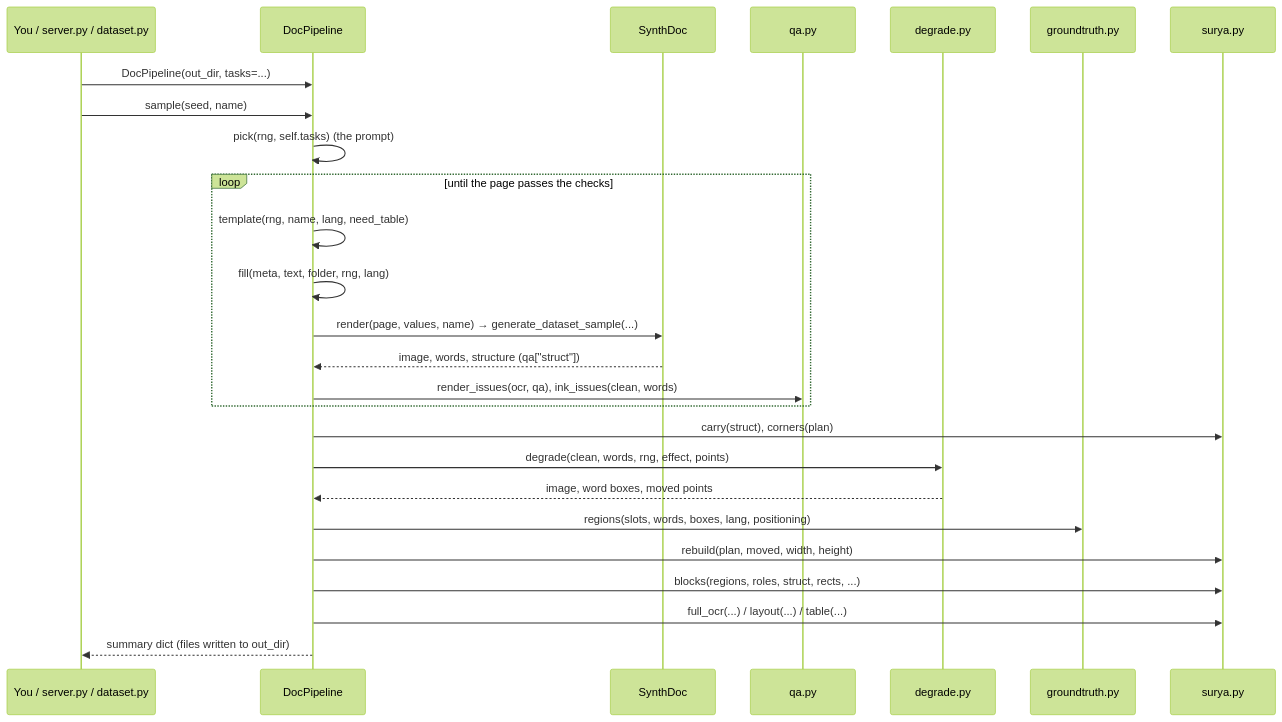
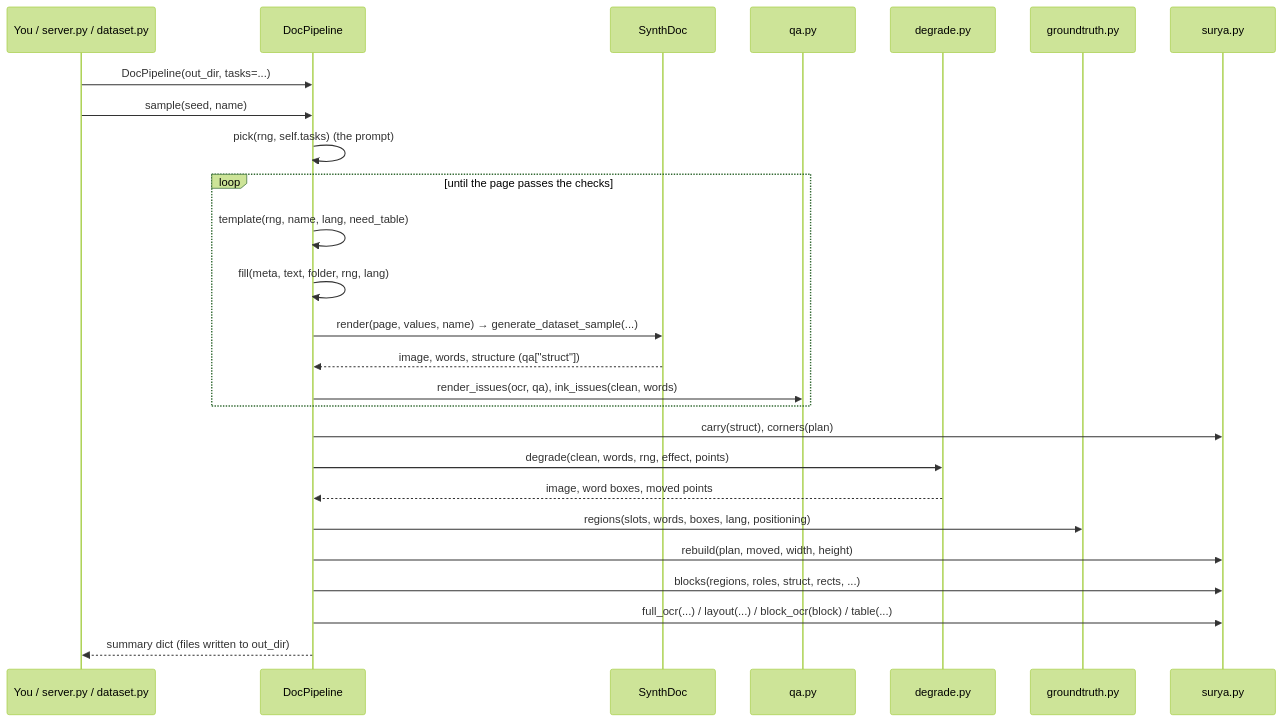
One commit to Yousef10p/OCRSynthGen changed the second of 5 diagrams in surya-format.md. Above: the diagram before and after it, drawn with Mermaid (forest theme). The commit also changed other lines of this file and 7 other files, not shown here.

````diff
--- a/surya-format.md
+++ b/surya-format.md
@@ -135,28 +146,28 @@
 ```mermaid
 sequenceDiagram
     participant U as You / server.py / dataset.py
     participant P as DocPipeline
     participant S as SynthDoc
     participant Q as qa.py
     participant D as degrade.py
     participant G as groundtruth.py
     participant Y as surya.py
     U->>P: DocPipeline(out_dir, tasks=...)
     U->>P: sample(seed, name)
     P->>P: pick(rng, self.tasks)  (the prompt)
     loop until the page passes the checks
         P->>P: template(rng, name, lang, need_table)
         P->>P: fill(meta, text, folder, rng, lang)
         P->>S: render(page, values, name) → generate_dataset_sample(...)
         S-->>P: image, words, structure (qa["struct"])
         P->>Q: render_issues(ocr, qa), ink_issues(clean, words)
     end
     P->>Y: carry(struct), corners(plan)
     P->>D: degrade(clean, words, rng, effect, points)
     D-->>P: image, word boxes, moved points
     P->>G: regions(slots, words, boxes, lang, positioning)
     P->>Y: rebuild(plan, moved, width, height)
     P->>Y: blocks(regions, roles, struct, rects, ...)
-    P->>Y: full_ocr(...) / layout(...) / table(...)
+    P->>Y: full_ocr(...) / layout(...) / block_ocr(block) / table(...)
     P-->>U: summary dict (files written to out_dir)
 ```
````
